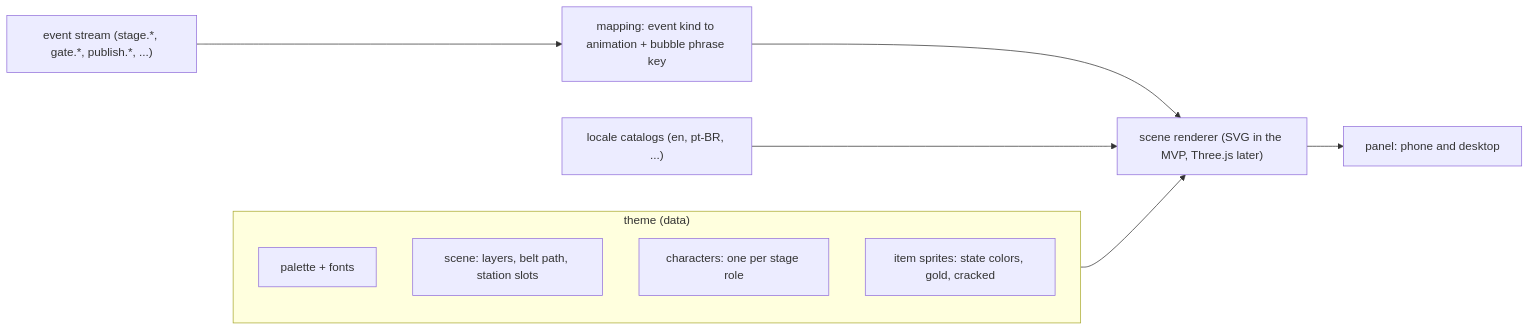
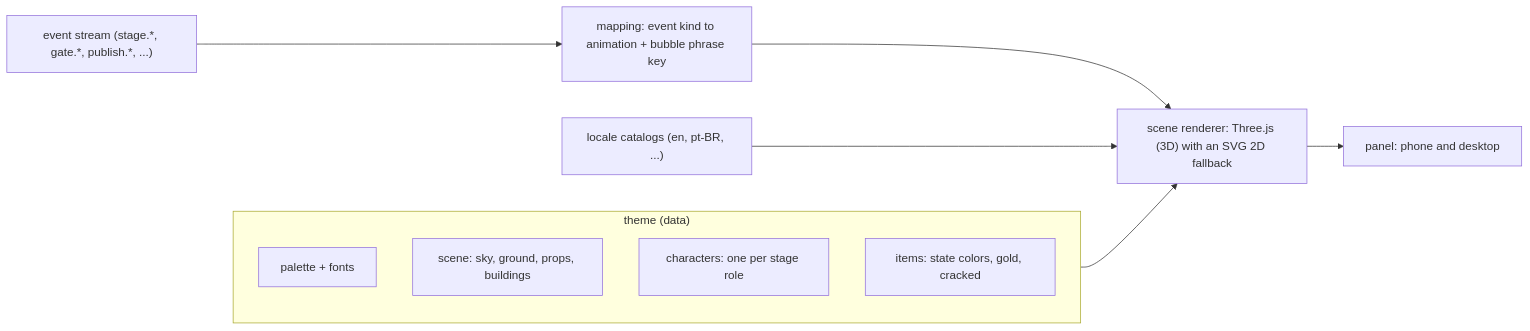
One commit to simpletibr/simplicio-videos changed the diagram in docs/factory/themes.md. Above: the diagram before and after it, drawn with Mermaid. The commit also changed other lines of this file and 36 other files, not shown here.

````diff
--- a/docs/factory/themes.md
+++ b/docs/factory/themes.md
@@ -17,14 +17,14 @@
 ```mermaid
 flowchart LR
   subgraph Theme["theme (data)"]
     P[palette + fonts]
-    S[scene: layers, belt path, station slots]
+    S["scene: sky, ground, props, buildings"]
     C["characters: one per stage role"]
-    I["item sprites: state colors, gold, cracked"]
+    I["items: state colors, gold, cracked"]
   end
   E["event stream (stage.*, gate.*, publish.*, ...)"] --> M["mapping: event kind to animation + bubble phrase key"]
-  M --> R["scene renderer (SVG in the MVP, Three.js later)"]
+  M --> R["scene renderer: Three.js (3D) with an SVG 2D fallback"]
   Theme --> R
   L["locale catalogs (en, pt-BR, ...)"] --> R
   R --> UI["panel: phone and desktop"]
 ```
````
